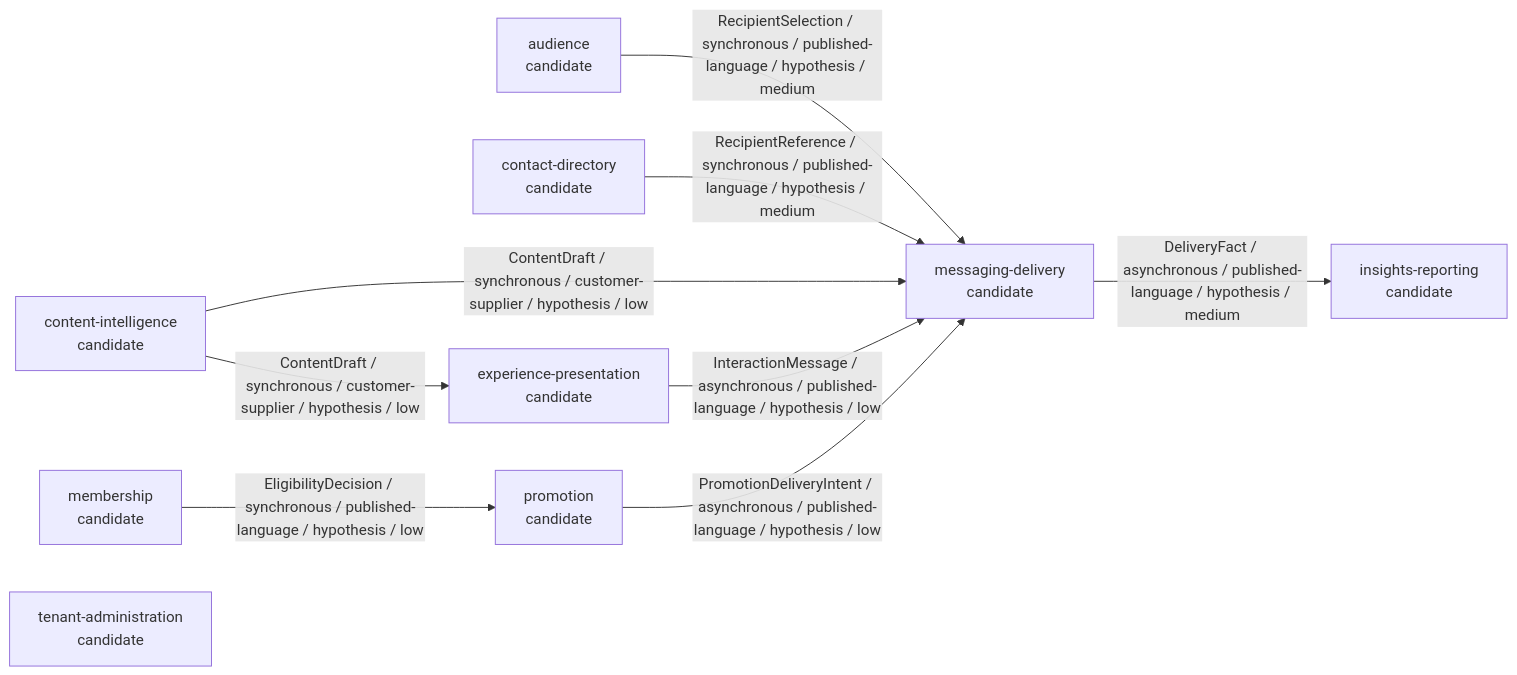
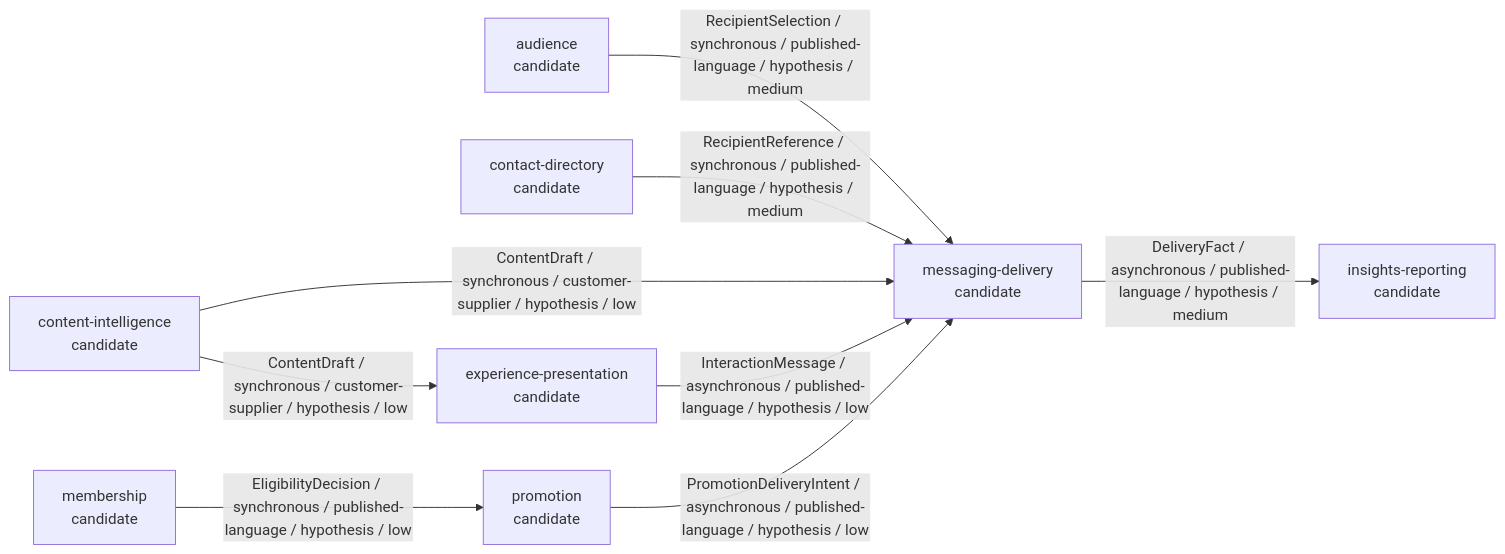
One commit to 963sup/linebot-platform changed the diagram in docs/domain/context-map.md. Above: the diagram before and after it, drawn with Mermaid. The commit also changed other lines of this file and 75 other files, not shown here.

````diff
--- a/docs/domain/context-map.md
+++ b/docs/domain/context-map.md
@@ -78,20 +72,19 @@
 ```mermaid
 flowchart LR
     ctx_audience["audience\ncandidate"]
     ctx_contact_directory["contact-directory\ncandidate"]
     ctx_content_intelligence["content-intelligence\ncandidate"]
     ctx_experience_presentation["experience-presentation\ncandidate"]
     ctx_insights_reporting["insights-reporting\ncandidate"]
     ctx_membership["membership\ncandidate"]
     ctx_messaging_delivery["messaging-delivery\ncandidate"]
     ctx_promotion["promotion\ncandidate"]
-    ctx_tenant_administration["tenant-administration\ncandidate"]
     ctx_audience -->|RecipientSelection / synchronous / published-language / hypothesis / medium| ctx_messaging_delivery
     ctx_contact_directory -->|RecipientReference / synchronous / published-language / hypothesis / medium| ctx_messaging_delivery
     ctx_content_intelligence -->|ContentDraft / synchronous / customer-supplier / hypothesis / low| ctx_experience_presentation
     ctx_content_intelligence -->|ContentDraft / synchronous / customer-supplier / hypothesis / low| ctx_messaging_delivery
     ctx_experience_presentation -->|InteractionMessage / asynchronous / published-language / hypothesis / low| ctx_messaging_delivery
     ctx_membership -->|EligibilityDecision / synchronous / published-language / hypothesis / low| ctx_promotion
     ctx_messaging_delivery -->|DeliveryFact / asynchronous / published-language / hypothesis / medium| ctx_insights_reporting
     ctx_promotion -->|PromotionDeliveryIntent / asynchronous / published-language / hypothesis / low| ctx_messaging_delivery
 ```
````
